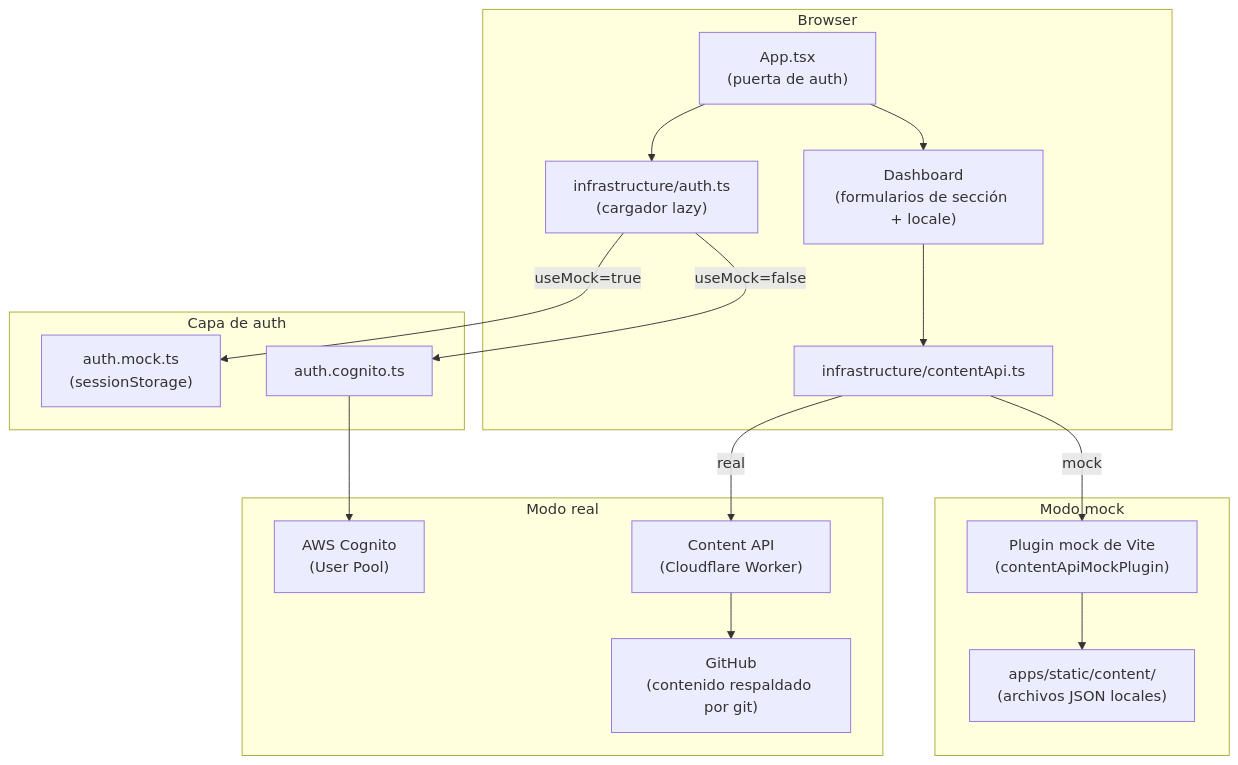
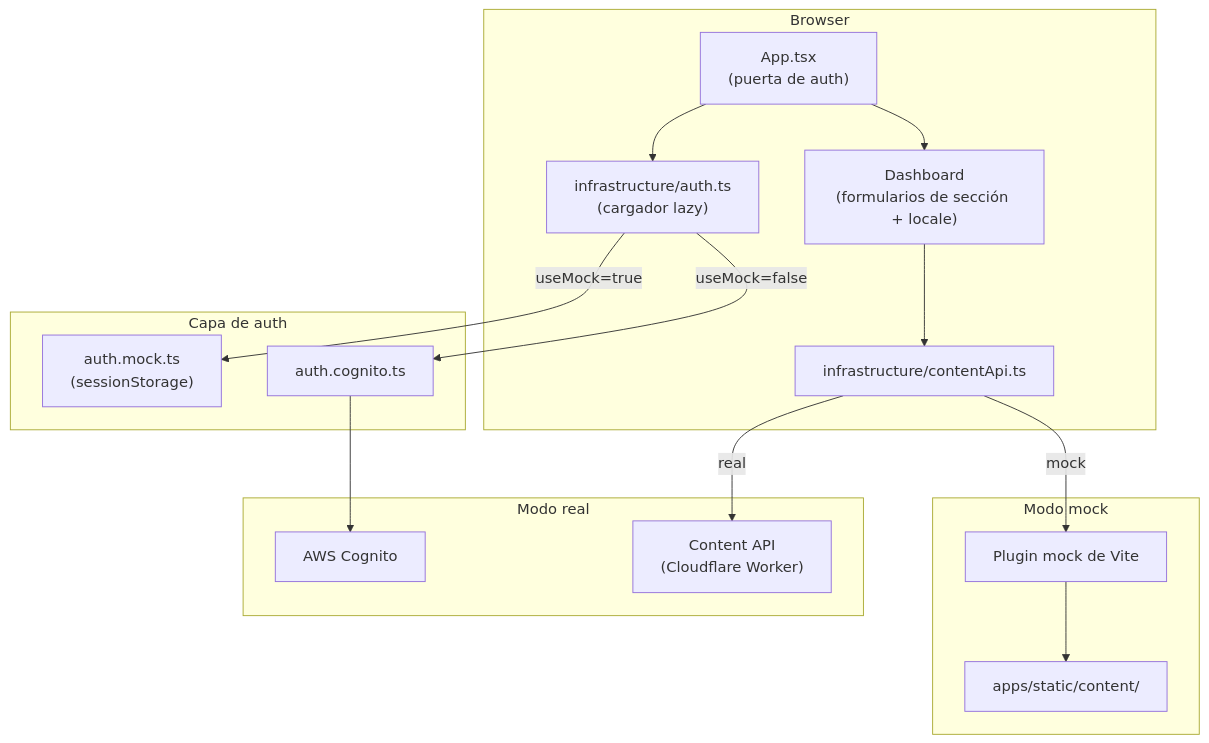
One commit to Bonae-Tech/bonae-tech changed the diagram in apps/admin/README.md. Above: the diagram before and after it, drawn with Mermaid. The commit also changed other lines of this file and 15 other files, not shown here.

````diff
--- a/apps/admin/README.md
+++ b/apps/admin/README.md
@@ -56,36 +58,34 @@
 ```mermaid
 graph TD
     subgraph Browser
         App["App.tsx\n(puerta de auth)"]
         Dashboard["Dashboard\n(formularios de sección + locale)"]
         Auth["infrastructure/auth.ts\n(cargador lazy)"]
         API["infrastructure/contentApi.ts"]
     end
 
     subgraph "Capa de auth"
         MockAuth["auth.mock.ts\n(sessionStorage)"]
         CognitoAuth["auth.cognito.ts"]
     end
 
     subgraph "Modo real"
-        Cognito["AWS Cognito\n(User Pool)"]
+        Cognito["AWS Cognito"]
         ContentAPI["Content API\n(Cloudflare Worker)"]
-        GitHub["GitHub\n(contenido respaldado por git)"]
     end
 
     subgraph "Modo mock"
-        VitePlugin["Plugin mock de Vite\n(contentApiMockPlugin)"]
-        LocalDisk["apps/static/content/\n(archivos JSON locales)"]
+        VitePlugin["Plugin mock de Vite"]
+        LocalDisk["apps/static/content/"]
     end
 
     App --> Auth
     App --> Dashboard
     Dashboard --> API
     Auth -->|useMock=true| MockAuth
     Auth -->|useMock=false| CognitoAuth
     CognitoAuth --> Cognito
     API -->|real| ContentAPI
-    ContentAPI --> GitHub
     API -->|mock| VitePlugin
     VitePlugin --> LocalDisk
 ```
````
